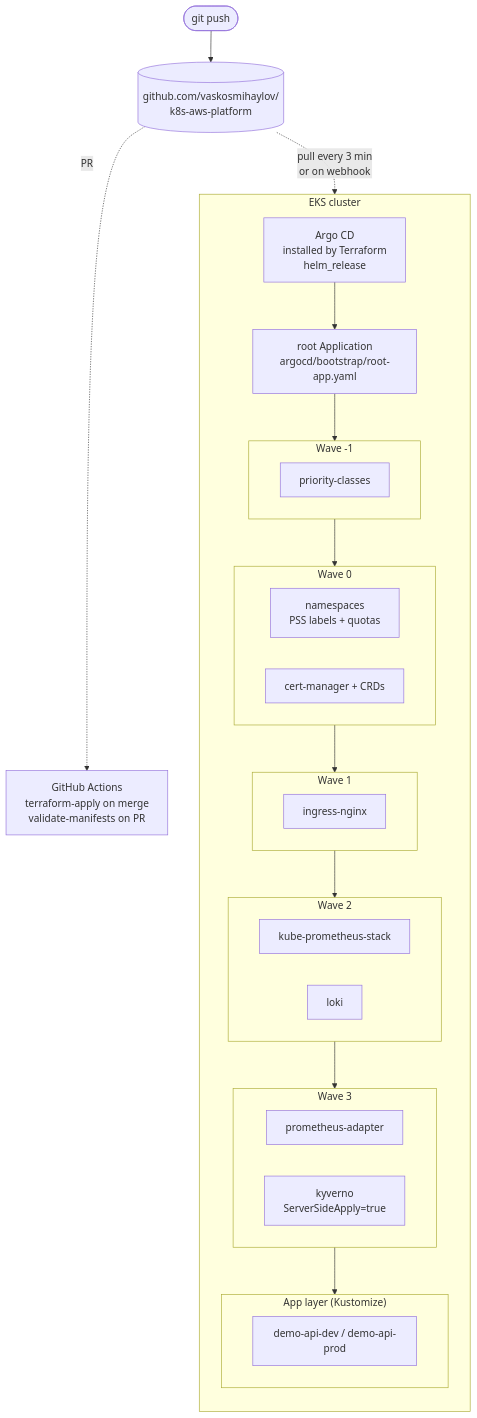
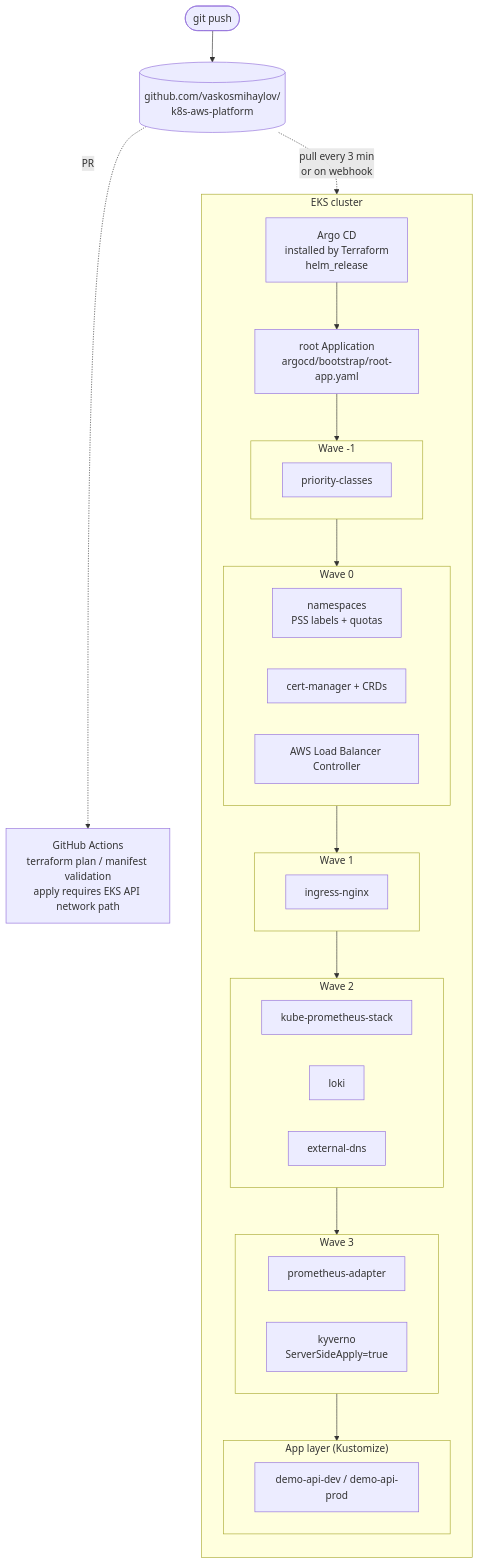
The second of 4 diagrams in docs/architecture.md (vaskosmihaylov/k8s-aws-platform), drawn with Mermaid before and after one commit. The commit also changed other lines of this file and 31 other files, not shown here.

````diff
--- a/docs/architecture.md
+++ b/docs/architecture.md
@@ -51,40 +59,42 @@
 ```mermaid
 flowchart TB
     dev([git push])
     repo[(github.com/vaskosmihaylov/<br/>k8s-aws-platform)]
-    ci[GitHub Actions<br/>terraform-apply on merge<br/>validate-manifests on PR]
+    ci[GitHub Actions<br/>terraform plan / manifest validation<br/>apply requires EKS API network path]
 
     subgraph cluster["EKS cluster"]
         direction TB
         argocd[Argo CD<br/>installed by Terraform<br/>helm_release]
         root["root Application<br/>argocd/bootstrap/root-app.yaml"]
 
         subgraph wave_m1["Wave -1"]
             pc[priority-classes]
         end
         subgraph wave_0["Wave 0"]
             ns[namespaces<br/>PSS labels + quotas]
             cm[cert-manager + CRDs]
+            lbc[AWS Load Balancer Controller]
         end
         subgraph wave_1["Wave 1"]
             ingr[ingress-nginx]
         end
         subgraph wave_2["Wave 2"]
             kps[kube-prometheus-stack]
             loki[loki]
+            edns[external-dns]
         end
         subgraph wave_3["Wave 3"]
             padapter[prometheus-adapter]
             kyv[kyverno<br/>ServerSideApply=true]
         end
         subgraph apps["App layer (Kustomize)"]
             demoapi[demo-api-dev / demo-api-prod]
         end
     end
 
     dev --> repo
     repo -.PR.-> ci
     repo -.pull every 3 min<br/>or on webhook.-> argocd
     argocd --> root
     root --> wave_m1 --> wave_0 --> wave_1 --> wave_2 --> wave_3 --> apps
 ```
````
